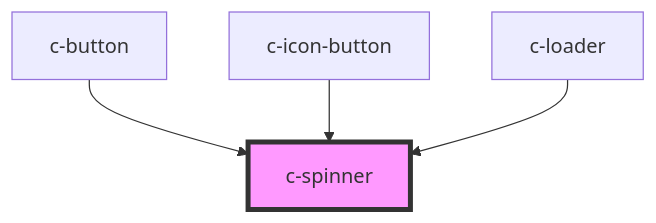
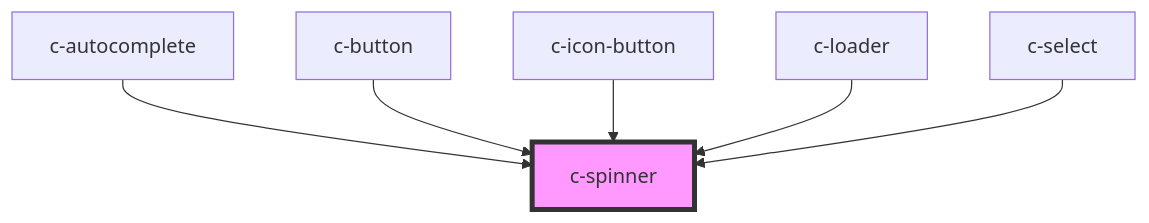
Before and after one commit to CSCfi/ui: the diagram in packages/csc-ui/src/components/c-spinner/readme.md, drawn with Mermaid. The commit also changed other lines of this file and 81 other files, not shown here.

Commit message:
Feat: c-autocomplete, c-select: Improved usability in mobile browsers.

````diff
--- a/packages/csc-ui/src/components/c-spinner/readme.md
+++ b/packages/csc-ui/src/components/c-spinner/readme.md
@@ -33,7 +35,9 @@
 ```mermaid
 graph TD;
+  c-autocomplete --> c-spinner
   c-button --> c-spinner
   c-icon-button --> c-spinner
   c-loader --> c-spinner
+  c-select --> c-spinner
   style c-spinner fill:#f9f,stroke:#333,stroke-width:4px
 ```
````
